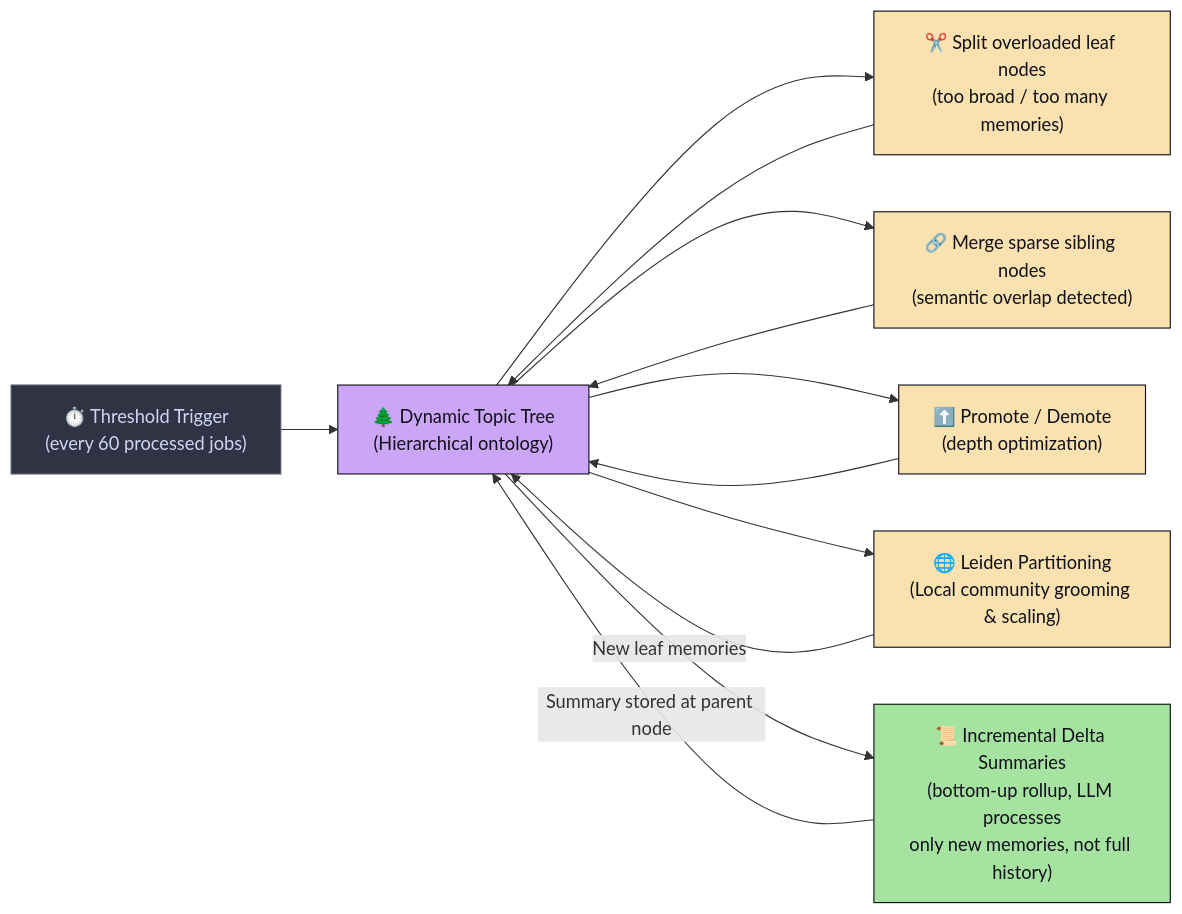
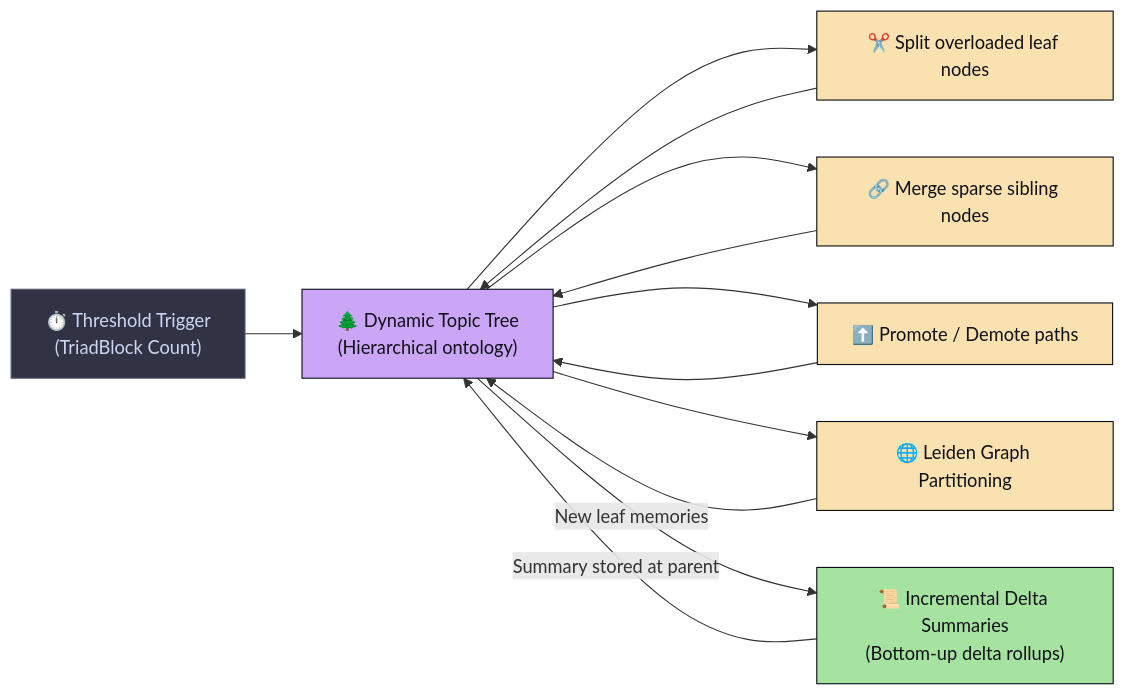
The second of 3 diagrams in README.md (faisalhussain-devs/MindCache), drawn with Mermaid before and after one commit. The commit also changed other lines of this file and 12 other files, not shown here.

Commit message:
fixed bugs related to the multi user feature addition in nodes_summary and root_cache

````diff
--- a/README.md
+++ b/README.md
@@ -92,24 +89,24 @@
 ```mermaid
 flowchart LR
     classDef tree     fill:#cba6f7,color:#11111b,stroke:#11111b
     classDef reorg    fill:#f9e2af,color:#11111b,stroke:#11111b
     classDef summary  fill:#a6e3a1,color:#11111b,stroke:#11111b
     classDef trigger  fill:#313244,color:#cdd6f4,stroke:#585b70
 
     T["🌲 Dynamic Topic Tree\n(Hierarchical ontology)"]:::tree
 
-    R1["✂️ Split overloaded leaf nodes\n(too broad / too many memories)"]:::reorg
-    R2["🔗 Merge sparse sibling nodes\n(semantic overlap detected)"]:::reorg
-    R3["⬆️ Promote / Demote\n(depth optimization)"]:::reorg
-    R4["🌐 Leiden Partitioning\n(Local community grooming & scaling)"]:::reorg
+    R1["✂️ Split overloaded leaf nodes"]:::reorg
+    R2["🔗 Merge sparse sibling nodes"]:::reorg
+    R3["⬆️ Promote / Demote paths"]:::reorg
+    R4["🌐 Leiden Graph Partitioning"]:::reorg
 
-    S["📜 Incremental Delta Summaries\n(bottom-up rollup, LLM processes\nonly new memories, not full history)"]:::summary
+    S["📜 Incremental Delta Summaries\n(Bottom-up delta rollups)"]:::summary
 
-    TH["⏱️ Threshold Trigger\n(every 60 processed jobs)"]:::trigger
+    TH["⏱️ Threshold Trigger\n(TriadBlock Count)"]:::trigger
 
     TH --> T
     T --> R1 & R2 & R3 & R4
     R1 & R2 & R3 & R4 --> T
     T -- "New leaf memories" --> S
-    S -- "Summary stored at parent node" --> T
+    S -- "Summary stored at parent" --> T
 ```
````
